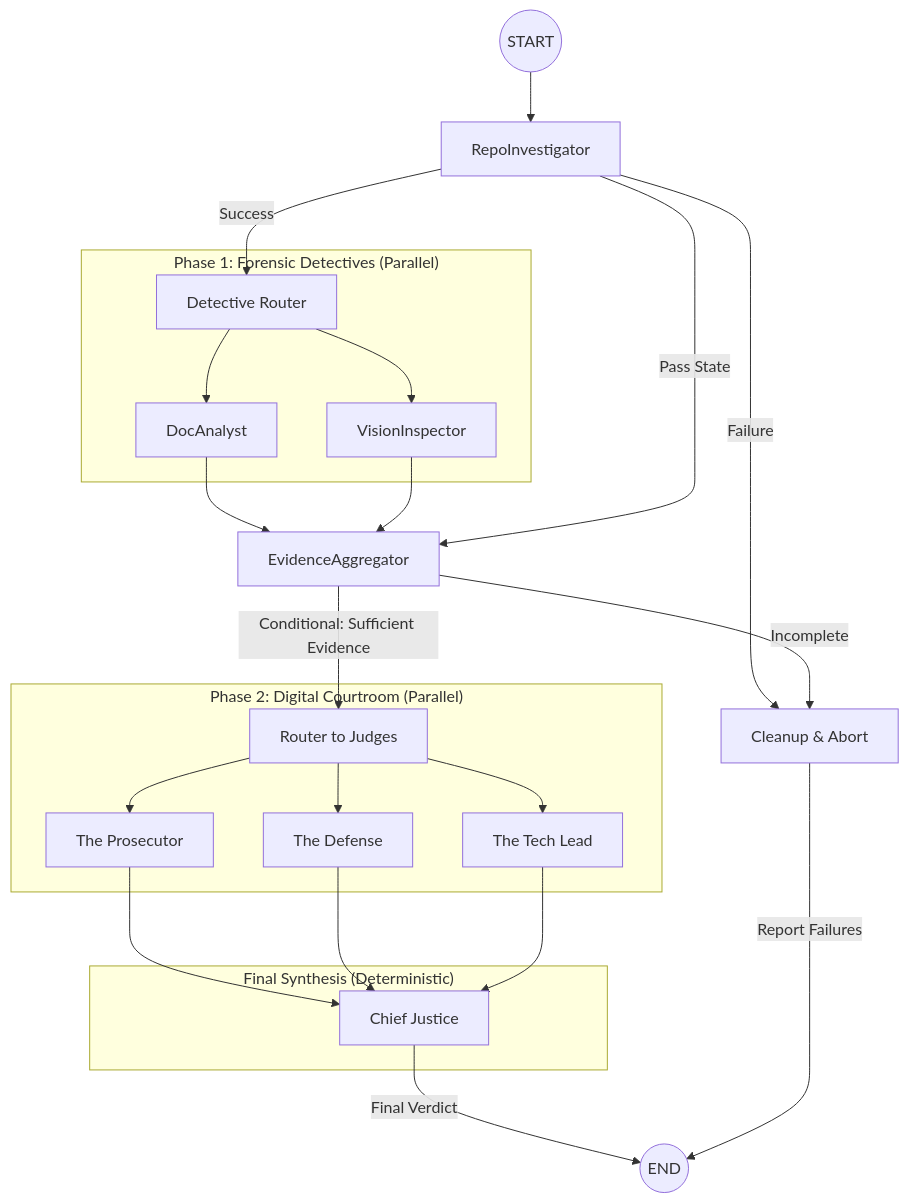
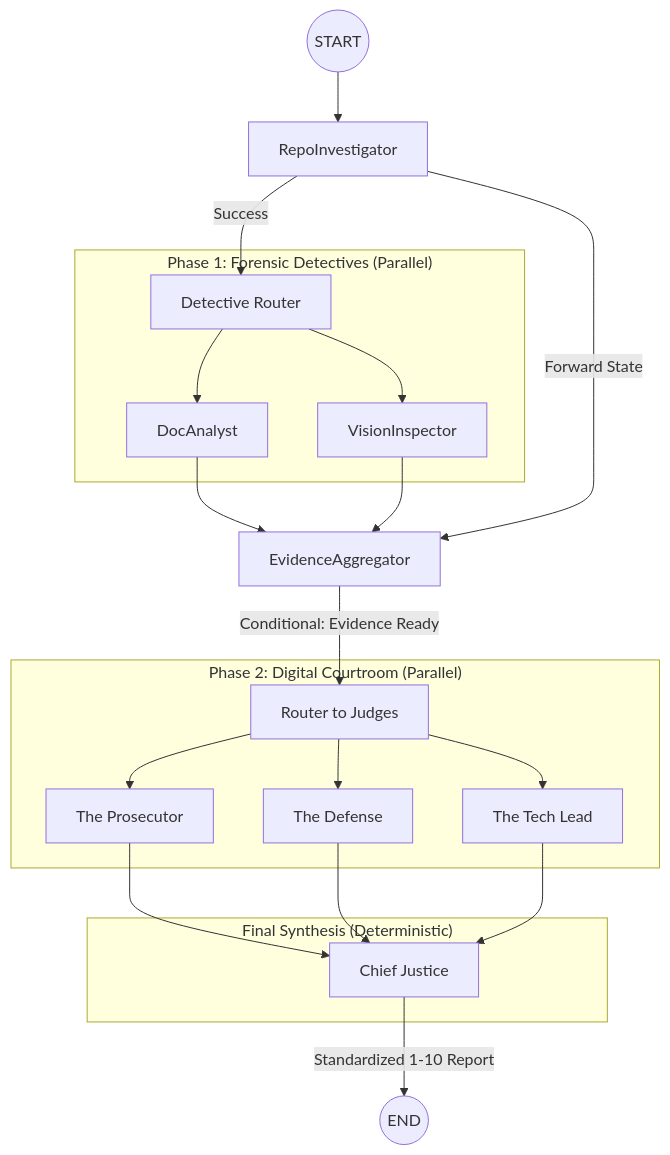
Before and after one commit to Mistire/automaton-auditor: the diagram in reports/final_report.md, drawn with Mermaid. The commit also changed other lines of this file and 15 other files, not shown here.

````diff
--- a/reports/final_report.md
+++ b/reports/final_report.md
@@ -63,41 +60,38 @@
 ```mermaid
 graph TD
-    %% Entry Point
+    %% Initial Entry
     START((START)) --> RI[RepoInvestigator]
 
     %% Phase 1: Detective Fan-Out
     RI -->|Success| DR[Detective Router]
-    RI -->|Failure| ABORT[Cleanup & Abort]
 
     subgraph "Phase 1: Forensic Detectives (Parallel)"
         DR --> DA[DocAnalyst]
         DR --> VI[VisionInspector]
     end
 
-    %% Phase 1: Detective Fan-In
+    %% Phase 1: Fan-In
     DA --> EA[EvidenceAggregator]
     VI --> EA
-    RI -->|Pass State| EA
+    RI -->|Forward State| EA
 
     %% Judicial Gate
-    EA -->|Conditional: Sufficient Evidence| RJ[Router to Judges]
-    EA -->|Incomplete| ABORT
+    EA -->|Conditional: Evidence Ready| RJ[Router to Judges]
 
-    %% Phase 2: Judicial Fan-Out (Dialectical Deliberation)
+    %% Phase 2: Judicial Fan-Out (Dialectics)
     subgraph "Phase 2: Digital Courtroom (Parallel)"
         RJ --> PROS[The Prosecutor]
         RJ --> DEF[The Defense]
         RJ --> TL[The Tech Lead]
     end
 
-    %% Phase 2: Judicial Fan-In (Supreme Court)
+    %% Phase 2: Fan-In (The Verdict)
     subgraph "Final Synthesis (Deterministic)"
         PROS --> CJ[Chief Justice]
         DEF --> CJ
         TL --> CJ
     end
 
     %% Terminal
-    CJ -->|Final Verdict| END((END))
-    ABORT -->|Report Failures| END
+    CJ -->|Standardized 1-10 Report| END((END))
 ```
````
